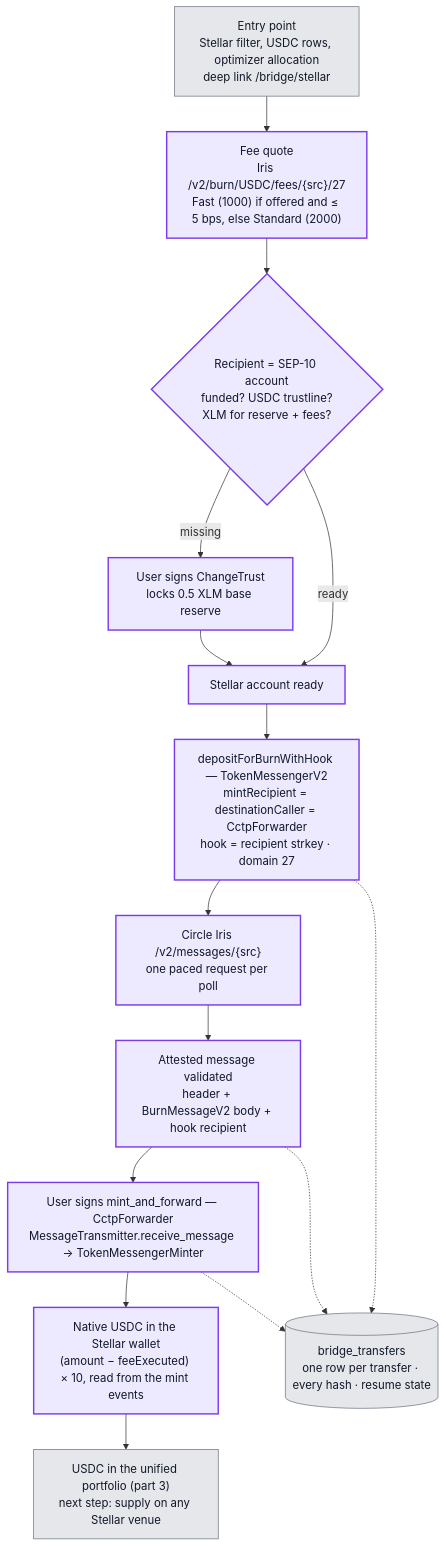
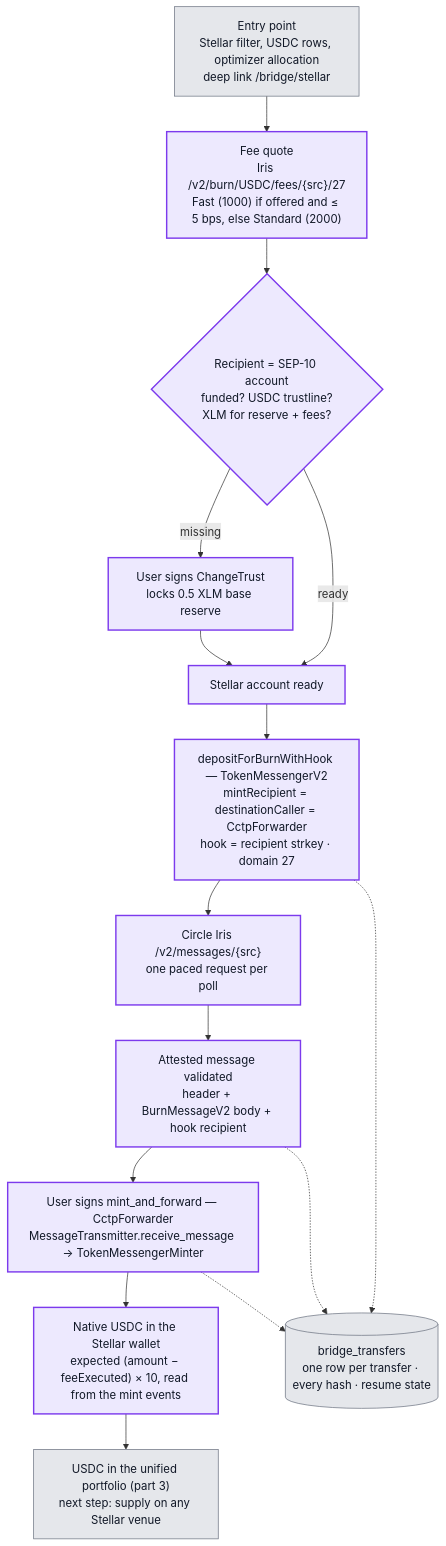
The fourth of 6 diagrams in docs/architecture-stellar-integration.md (gelenbedalen-art/lendwise), drawn with Mermaid before and after one commit. The commit also changed other lines of this file, not shown here.

````diff
--- a/docs/architecture-stellar-integration.md
+++ b/docs/architecture-stellar-integration.md
@@ -274,26 +274,26 @@
 ```mermaid
 flowchart TD
     Entry["Entry point<br/>Stellar filter, USDC rows, optimizer allocation<br/>deep link /bridge/stellar"] --> Quote["Fee quote<br/>Iris /v2/burn/USDC/fees/{src}/27<br/>Fast (1000) if offered and ≤ 5 bps, else Standard (2000)"]
     Quote --> TrustlineCheck{"Recipient = SEP-10 account<br/>funded? USDC trustline?<br/>XLM for reserve + fees?"}
 
     TrustlineCheck -->|"missing"| ChangeTrust["User signs ChangeTrust<br/>locks 0.5 XLM base reserve"]
     ChangeTrust --> Ready["Stellar account ready"]
     TrustlineCheck -->|"ready"| Ready
 
     Ready --> Burn["depositForBurnWithHook — TokenMessengerV2<br/>mintRecipient = destinationCaller = CctpForwarder<br/>hook = recipient strkey · domain 27"]
     Burn --> Iris["Circle Iris /v2/messages/{src}<br/>one paced request per poll"]
     Iris --> Validate["Attested message validated<br/>header + BurnMessageV2 body + hook recipient"]
     Validate --> StellarMint["User signs mint_and_forward — CctpForwarder<br/>MessageTransmitter.receive_message → TokenMessengerMinter"]
-    StellarMint --> NativeUSDC["Native USDC in the Stellar wallet<br/>(amount − feeExecuted) × 10, read from the mint events"]
+    StellarMint --> NativeUSDC["Native USDC in the Stellar wallet<br/>expected (amount − feeExecuted) × 10, read from the mint events"]
     NativeUSDC --> PortfolioUpdate["USDC in the unified portfolio (part 3)<br/>next step: supply on any Stellar venue"]
 
     Burn -.-> Audit[("bridge_transfers<br/>one row per transfer · every hash · resume state")]
     Validate -.-> Audit
     StellarMint -.-> Audit
 
     classDef core fill:#e5e7eb,stroke:#6b7280,color:#111827;
     classDef bridge fill:#ede9fe,stroke:#7c3aed,color:#111827,stroke-width:2px;
 
     class Entry,PortfolioUpdate,Audit core;
     class Quote,TrustlineCheck,ChangeTrust,Ready,Burn,Iris,Validate,StellarMint,NativeUSDC bridge;
 ```
````
